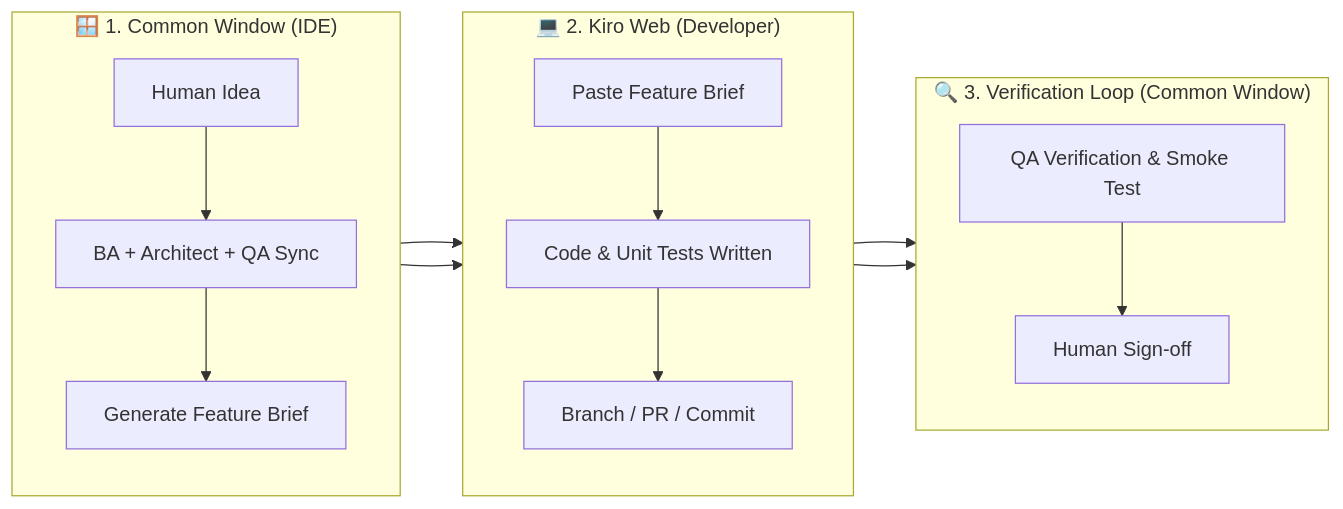
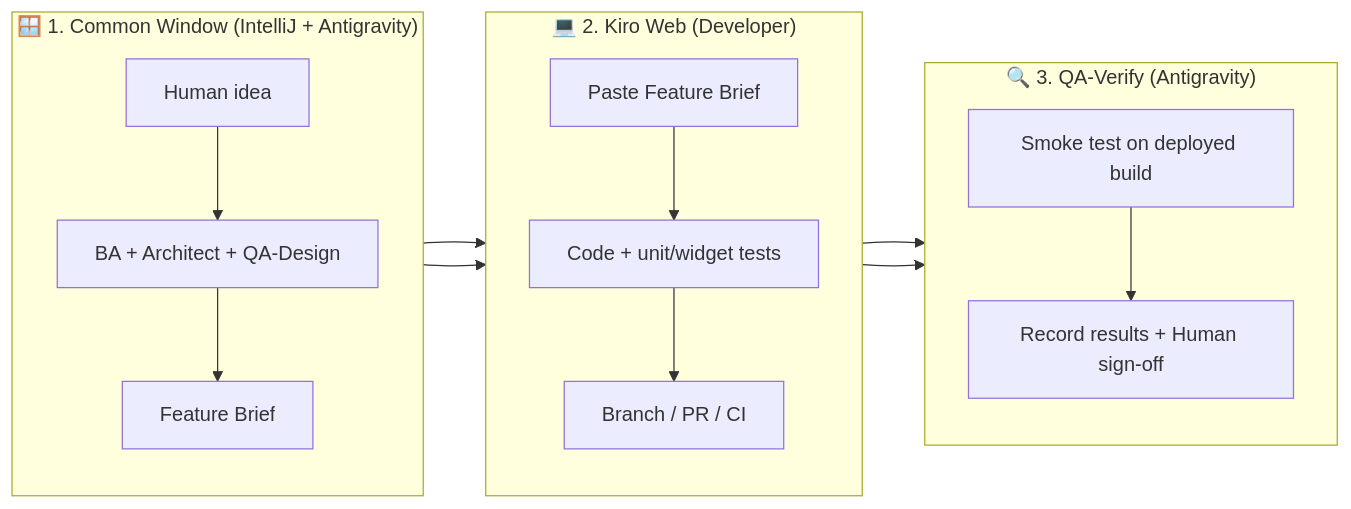
One commit to vteial/saranidhi changed the second of 4 diagrams in AI_COLLABORATION_FRAMEWORK.md. Above: the diagram before and after it, drawn with Mermaid. The commit also changed other lines of this file and 1 other file, not shown here.

````diff
--- a/AI_COLLABORATION_FRAMEWORK.md
+++ b/AI_COLLABORATION_FRAMEWORK.md
@@ -47,24 +71,21 @@
 ```mermaid
 flowchart LR
-    subgraph CommonWindow ["🪟 1. Common Window (IDE)"]
+    subgraph Common ["🪟 1. Common Window (IntelliJ + Antigravity)"]
         direction TB
-        Prompt["Human Idea"] --> RoundTable["BA + Architect + QA Sync"]
-        RoundTable --> FeatureBrief["Generate Feature Brief"]
+        Idea["Human idea"] --> Round["BA + Architect + QA-Design"]
+        Round --> Brief["Feature Brief"]
     end
-
     subgraph KiroWeb ["💻 2. Kiro Web (Developer)"]
         direction TB
-        FeatureBrief --> PasteKiro["Paste Feature Brief"]
-        PasteKiro --> Code["Code & Unit Tests Written"]
-        Code --> Commit["Branch / PR / Commit"]
+        Brief --> Paste["Paste Feature Brief"]
+        Paste --> Code["Code + unit/widget tests"]
+        Code --> PR["Branch / PR / CI"]
     end
-
-    subgraph Verification ["🔍 3. Verification Loop (Common Window)"]
+    subgraph Verify ["🔍 3. QA-Verify (Antigravity)"]
         direction TB
-        Commit --> Review["QA Verification & Smoke Test"]
-        Review --> Signoff["Human Sign-off"]
+        PR --> Test["Smoke test on deployed build"]
+        Test --> Signoff["Record results + Human sign-off"]
     end
-
-    CommonWindow --> KiroWeb
-    KiroWeb --> Verification
+    Common --> KiroWeb
+    KiroWeb --> Verify
 ```
````
